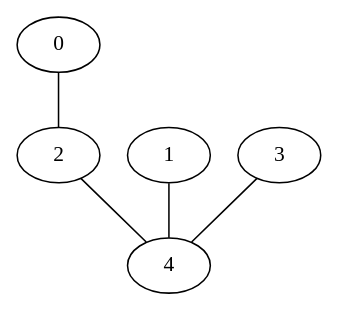
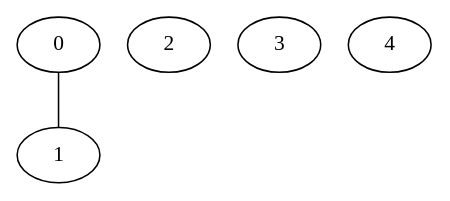
One commit to LilianHERTEL/Labyrinthe-parcours-en-C changed the diagram in compo_connexes/graphviz/exempleMatAdjacence.dot. Above: the diagram before and after it, drawn with Graphviz. The commit also changed 3 other files, not shown here.

```diff
--- a/compo_connexes/graphviz/exempleMatAdjacence.dot
+++ b/compo_connexes/graphviz/exempleMatAdjacence.dot
@@ -1,23 +1,20 @@
 graph exempleMatAdjacence {
-	graph [bb="0,0,198,180"];
+	graph [bb="0,0,270,108"];
 	node [label="\N"];
 	0	 [height=0.5,
-		pos="27,162",
-		width=0.75];
-	2	 [height=0.5,
 		pos="27,90",
 		width=0.75];
-	0 -- 2	 [pos="27,143.83 27,133 27,119.29 27,108.41"];
 	1	 [height=0.5,
+		pos="27,18",
+		width=0.75];
+	0 -- 1	 [pos="27,71.831 27,61 27,47.288 27,36.413"];
+	2	 [height=0.5,
 		pos="99,90",
 		width=0.75];
-	4	 [height=0.5,
-		pos="99,18",
-		width=0.75];
-	1 -- 4	 [pos="99,71.831 99,61 99,47.288 99,36.413"];
-	2 -- 4	 [pos="42.269,74.731 54.488,62.512 71.54,45.46 83.753,33.247"];
 	3	 [height=0.5,
 		pos="171,90",
 		width=0.75];
-	3 -- 4	 [pos="155.73,74.731 143.51,62.512 126.46,45.46 114.25,33.247"];
+	4	 [height=0.5,
+		pos="243,90",
+		width=0.75];
 }
```
